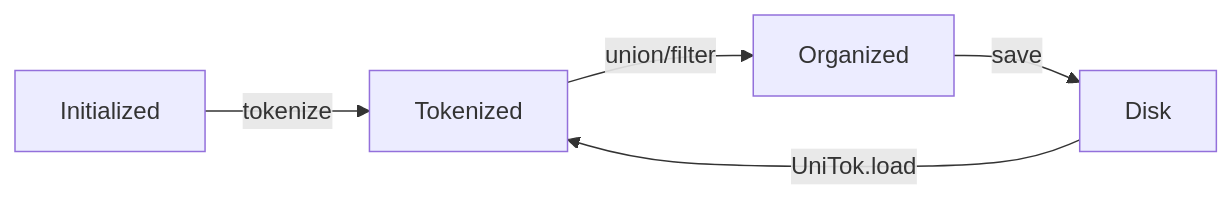
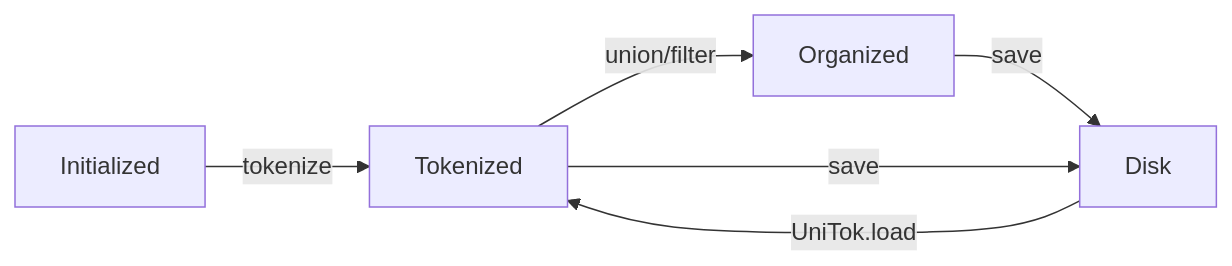
Before and after one commit to Jyonn/UniTok-Handbook: the diagram in docs/unitok.md, drawn with Mermaid. The commit also changed 3 other files, not shown here.

````diff
--- a/docs/unitok.md
+++ b/docs/unitok.md
@@ -21,7 +21,8 @@
 ``` mermaid
 graph LR
   A[Initialized] --> |tokenize| B[Tokenized];
   B --> |union/filter| C[Organized];
   C --> |save| D[Disk];
+  B --> |save| D;
   D --> |UniTok.load| B;
 ```
````
